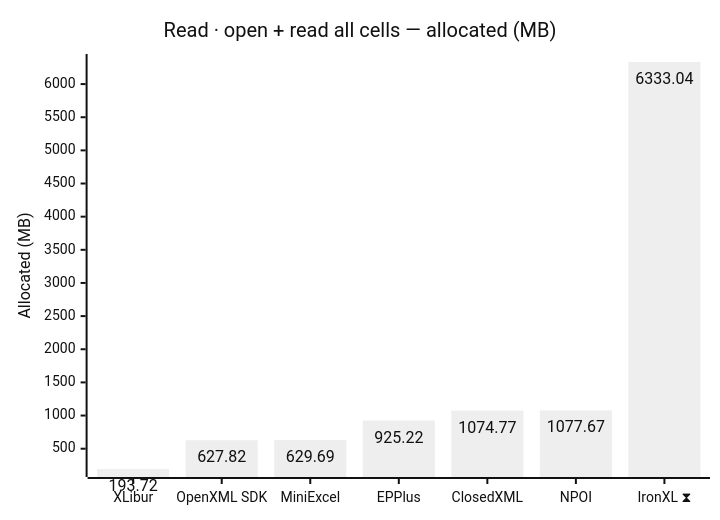
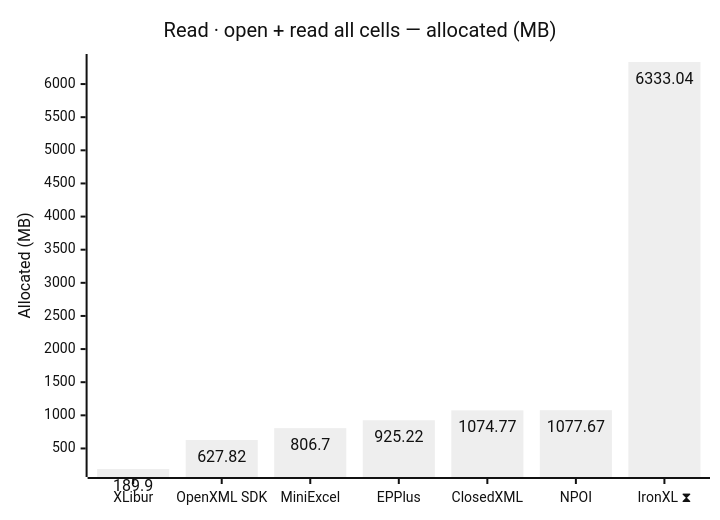
One commit to jafin/XLBench changed the fourth of 12 diagrams in docs/results.md. Above: the diagram before and after it, drawn with Mermaid (neutral theme). The commit also changed other lines of this file and 6 other files, not shown here.

````diff
--- a/docs/results.md
+++ b/docs/results.md
@@ -78,12 +78,12 @@
 ```mermaid
 ---
 config:
   xyChart:
     showDataLabel: true
 ---
 xychart-beta
     title "Read · open + read all cells — allocated (MB)"
     x-axis ["XLibur", "OpenXML SDK", "MiniExcel", "EPPlus", "ClosedXML", "NPOI", "IronXL ⧗"]
     y-axis "Allocated (MB)"
-    bar [193.72, 627.82, 629.69, 925.22, 1074.77, 1077.67, 6333.04]
+    bar [189.9, 627.82, 806.7, 925.22, 1074.77, 1077.67, 6333.04]
 ```
````
